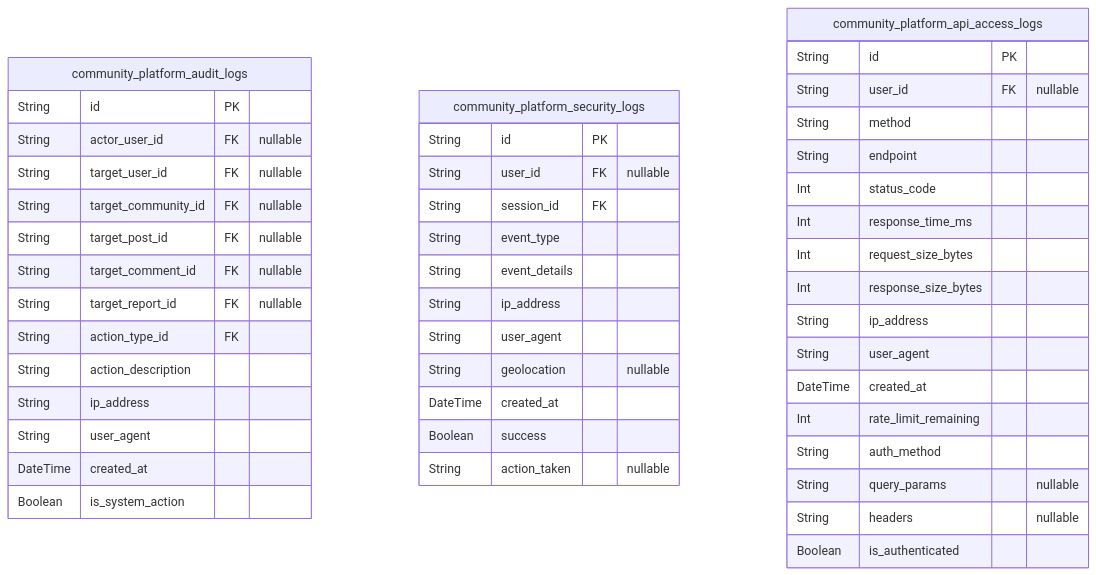
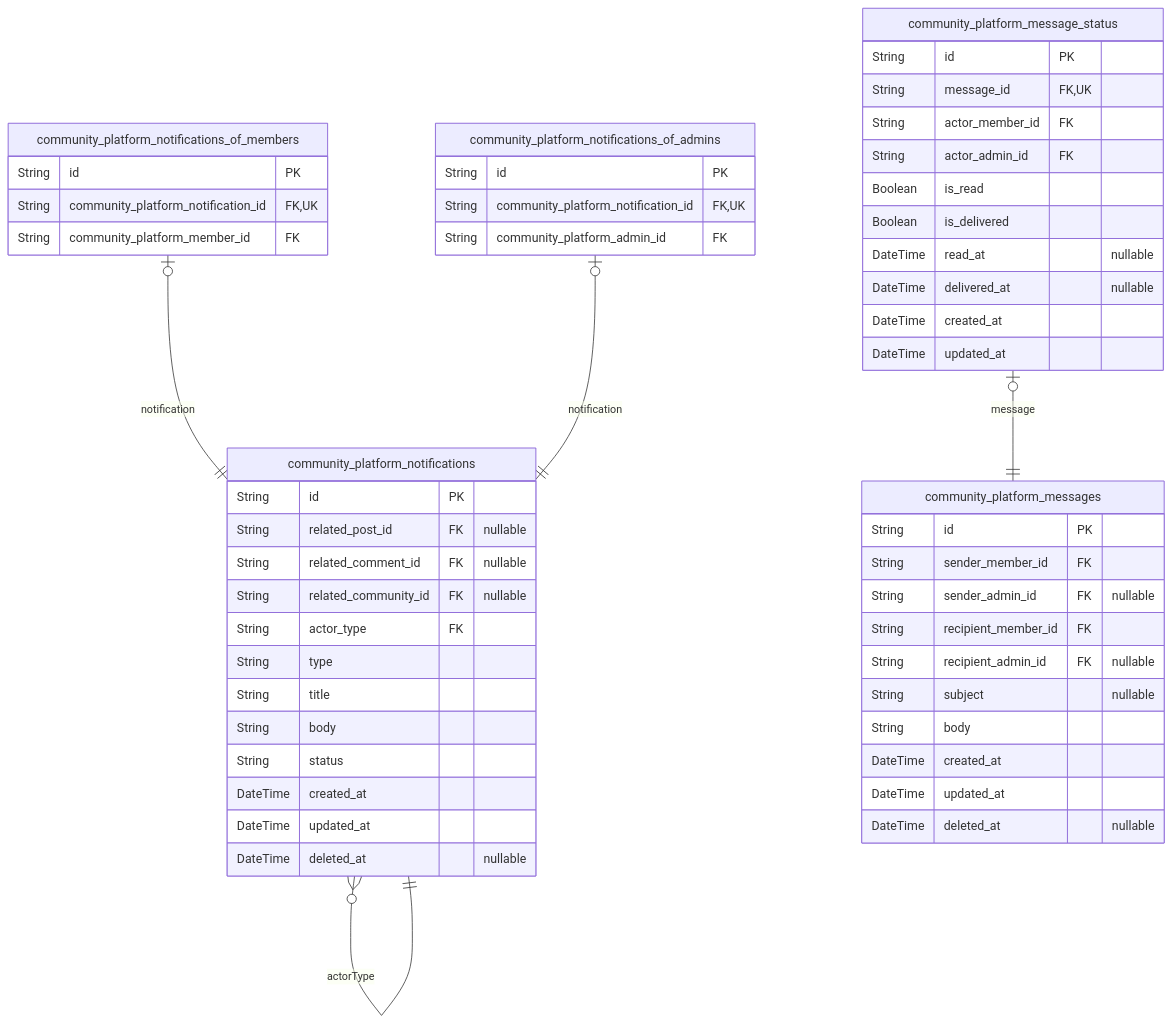
One commit to wrtnlabs/autobe-examples changed the eighth of 10 diagrams in qwen/qwen3-next-80b-a3b-instruct/reddit/docs/ERD.md. Above: the diagram before and after it, drawn with Mermaid. The commit also changed other lines of this file and 16146 other files, not shown here.

````diff
--- a/qwen/qwen3-next-80b-a3b-instruct/reddit/docs/ERD.md
+++ b/qwen/qwen3-next-80b-a3b-instruct/reddit/docs/ERD.md
@@ -1140,49 +959,55 @@
 ```mermaid
 erDiagram
-"community_platform_audit_logs" {
+"community_platform_notifications" {
   String id PK
-  String actor_user_id FK "nullable"
-  String target_user_id FK "nullable"
-  String target_community_id FK "nullable"
-  String target_post_id FK "nullable"
-  String target_comment_id FK "nullable"
-  String target_report_id FK "nullable"
-  String action_type_id FK
-  String action_description
-  String ip_address
-  String user_agent
+  String related_post_id FK "nullable"
+  String related_comment_id FK "nullable"
+  String related_community_id FK "nullable"
+  String actor_type FK
+  String type
+  String title
+  String body
+  String status
   DateTime created_at
-  Boolean is_system_action
+  DateTime updated_at
+  DateTime deleted_at "nullable"
 }
-"community_platform_security_logs" {
+"community_platform_messages" {
   String id PK
-  String user_id FK "nullable"
-  String session_id FK
-  String event_type
-  String event_details
-  String ip_address
-  String user_agent
-  String geolocation "nullable"
+  String sender_member_id FK
+  String sender_admin_id FK "nullable"
+  String recipient_member_id FK
+  String recipient_admin_id FK "nullable"
+  String subject "nullable"
+  String body
   DateTime created_at
-  Boolean success
-  String action_taken "nullable"
+  DateTime updated_at
+  DateTime deleted_at "nullable"
 }
-"community_platform_api_access_logs" {
+"community_platform_message_status" {
   String id PK
-  String user_id FK "nullable"
-  String method
-  String endpoint
-  Int status_code
-  Int response_time_ms
-  Int request_size_bytes
-  Int response_size_bytes
-  String ip_address
-  String user_agent
+  String message_id FK,UK
+  String actor_member_id FK
+  String actor_admin_id FK
+  Boolean is_read
+  Boolean is_delivered
+  DateTime read_at "nullable"
+  DateTime delivered_at "nullable"
   DateTime created_at
-  Int rate_limit_remaining
-  String auth_method
-  String query_params "nullable"
-  String headers "nullable"
-  Boolean is_authenticated
+  DateTime updated_at
 }
+"community_platform_notifications_of_members" {
+  String id PK
+  String community_platform_notification_id FK,UK
+  String community_platform_member_id FK
+}
+"community_platform_notifications_of_admins" {
+  String id PK
+  String community_platform_notification_id FK,UK
+  String community_platform_admin_id FK
+}
+"community_platform_notifications" }o--|| "community_platform_notifications" : actorType
+"community_platform_message_status" |o--|| "community_platform_messages" : message
+"community_platform_notifications_of_members" |o--|| "community_platform_notifications" : notification
+"community_platform_notifications_of_admins" |o--|| "community_platform_notifications" : notification
 ```
````
